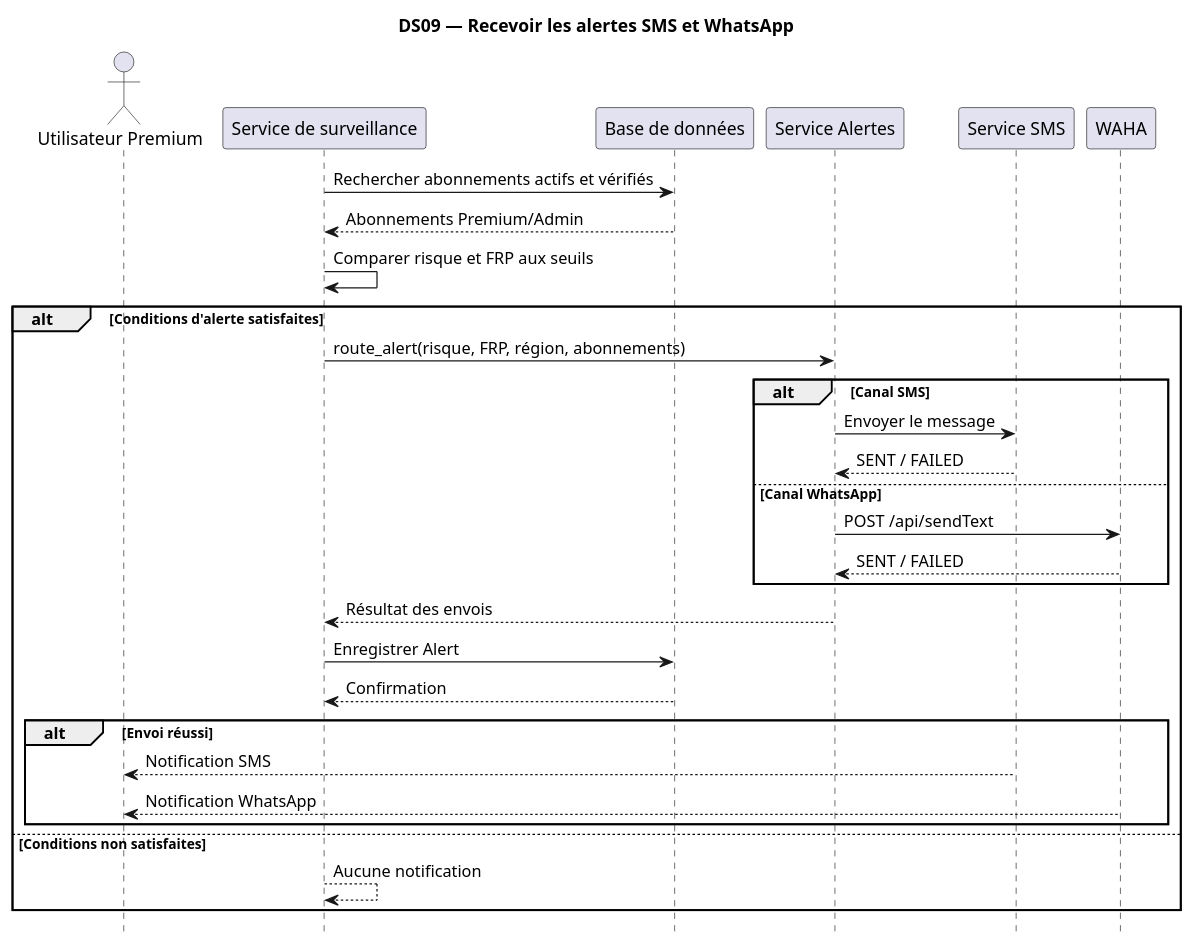
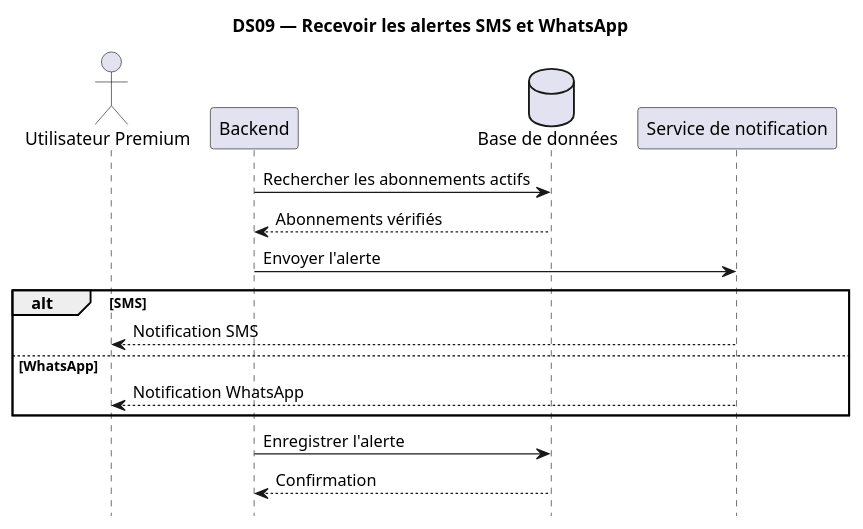
Before and after one commit to TkAbeleon/NoteAcemiqueProjetSoutenanceL3: the diagram in UML_JeryMotro/DS09_Recevoir_alertes_SMS_WhatsApp.plantuml, drawn with PlantUML.

Commit message:
Alléger DS09 avec les systèmes de notification

```diff
--- a/UML_JeryMotro/DS09_Recevoir_alertes_SMS_WhatsApp.plantuml
+++ b/UML_JeryMotro/DS09_Recevoir_alertes_SMS_WhatsApp.plantuml
@@ -1,38 +1,25 @@
 @startuml
 
 title DS09 — Recevoir les alertes SMS et WhatsApp
 hide footbox
 skinparam shadowing false
 
 actor "Utilisateur Premium" as U
-participant "Service de surveillance" as S
-participant "Base de données" as DB
-participant "Service Alertes" as A
-participant "Service SMS" as SMS
-participant "WAHA" as WAHA
+participant "Backend" as B
+database "Base de données" as DB
+participant "Service de notification" as N
 
-S -> DB : Rechercher abonnements actifs et vérifiés
-DB --> S : Abonnements Premium/Admin
-S -> S : Comparer risque et FRP aux seuils
+B -> DB : Rechercher les abonnements actifs
+DB --> B : Abonnements vérifiés
+B -> N : Envoyer l'alerte
 
-alt Conditions d'alerte satisfaites
-    S -> A : route_alert(risque, FRP, région, abonnements)
-    alt Canal SMS
-        A -> SMS : Envoyer le message
-        SMS --> A : SENT / FAILED
-    else Canal WhatsApp
-        A -> WAHA : POST /api/sendText
-        WAHA --> A : SENT / FAILED
-    end
-    A --> S : Résultat des envois
-    S -> DB : Enregistrer Alert
-    DB --> S : Confirmation
-    alt Envoi réussi
-        SMS --> U : Notification SMS
-        WAHA --> U : Notification WhatsApp
-    end
-else Conditions non satisfaites
-    S --> S : Aucune notification
+alt SMS
+    N --> U : Notification SMS
+else WhatsApp
+    N --> U : Notification WhatsApp
 end
 
+B -> DB : Enregistrer l'alerte
+DB --> B : Confirmation
+
 @enduml
```
